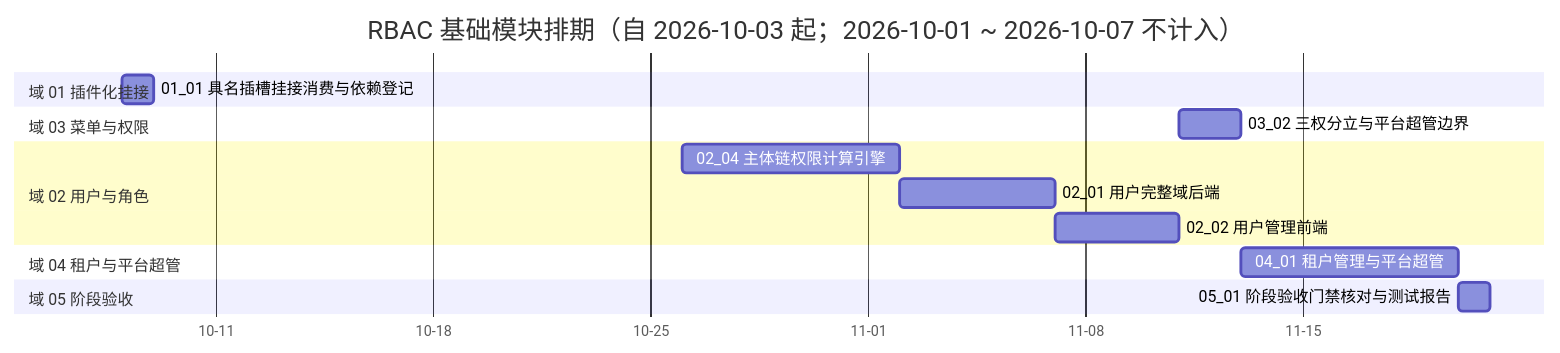
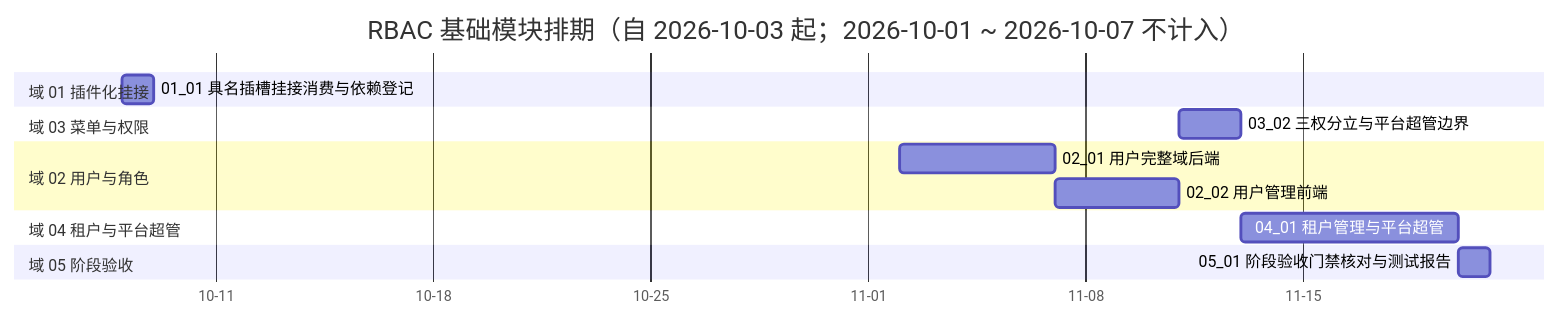
One commit to minjian123/basic-management-system changed the diagram in bms文档/项目/07_RBAC基础模块/计划/01_计划_RBAC基础模块.md. Above: the diagram before and after it, drawn with Mermaid. The commit also changed other lines of this file and 13 other files, not shown here.

````diff
--- a/bms文档/项目/07_RBAC基础模块/计划/01_计划_RBAC基础模块.md
+++ b/bms文档/项目/07_RBAC基础模块/计划/01_计划_RBAC基础模块.md
@@ -53,18 +53,17 @@
 ```mermaid
 gantt
     title RBAC 基础模块排期（自 2026-10-03 起；2026-10-01 ~ 2026-10-07 不计入）
     dateFormat  YYYY-MM-DD
     axisFormat %m-%d
     section 域 01 插件化挂接
     01_01 具名插槽挂接消费与依赖登记 :a0101, 2026-10-08, 1d
     section 域 03 菜单与权限
     03_02 三权分立与平台超管边界 :a0302, 2026-11-11, 2d
     section 域 02 用户与角色
-    02_04 主体链权限计算引擎 :a0204, 2026-10-26, 7d
     02_01 用户完整域后端 :a0201, 2026-11-02, 5d
     02_02 用户管理前端 :a0202, 2026-11-07, 4d
     section 域 04 租户与平台超管
     04_01 租户管理与平台超管 :a0401, 2026-11-13, 7d
     section 域 05 阶段验收
     05_01 阶段验收门禁核对与测试报告 :a0501, 2026-11-20, 1d
 ```
````
